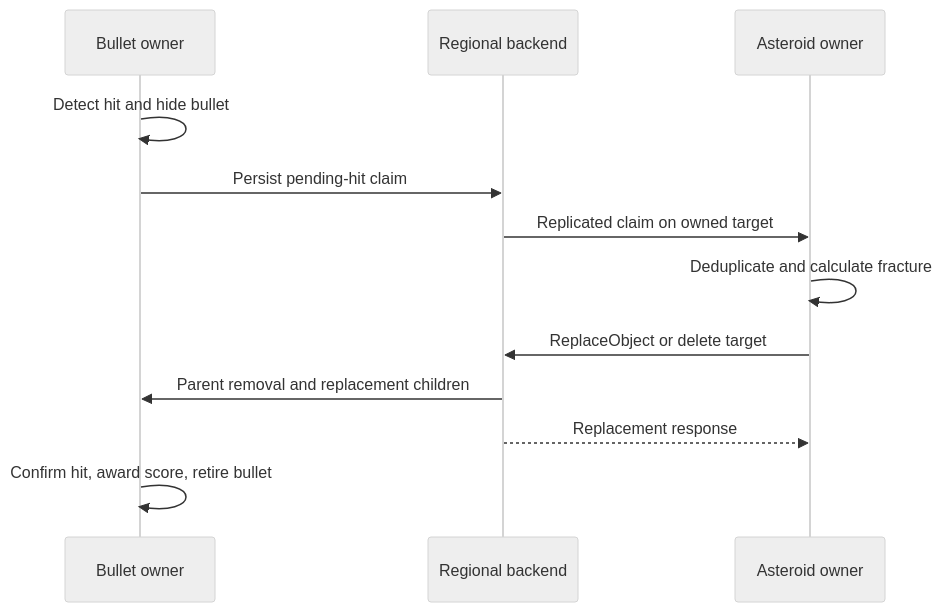
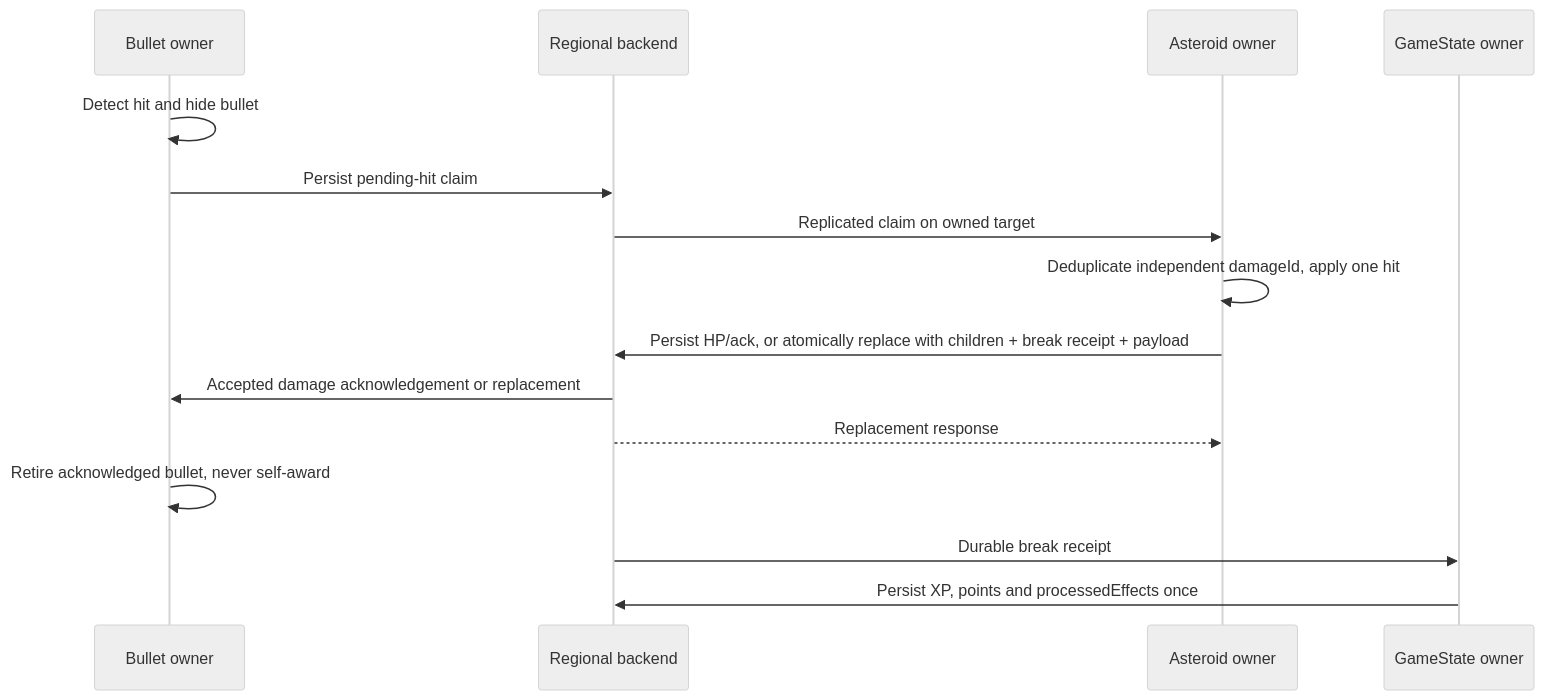
Before and after one commit to badvoidstar/astervoids: the fifth of 9 diagrams in ARCHITECTURE.md, drawn with Mermaid (neutral theme). The commit also changed other lines of this file and 32 other files, not shown here.

````diff
--- a/ARCHITECTURE.md
+++ b/ARCHITECTURE.md
@@ -1102,14 +1113,17 @@
 ```mermaid
 sequenceDiagram
     participant Shooter as Bullet owner
     participant Hub as Regional backend
     participant Target as Asteroid owner
     Shooter->>Shooter: Detect hit and hide bullet
     Shooter->>Hub: Persist pending-hit claim
     Hub->>Target: Replicated claim on owned target
-    Target->>Target: Deduplicate and calculate fracture
-    Target->>Hub: ReplaceObject or delete target
-    Hub->>Shooter: Parent removal and replacement children
+    Target->>Target: Deduplicate independent damageId, apply one hit
+    Target->>Hub: Persist HP/ack, or atomically replace with children + break receipt + payload
+    Hub->>Shooter: Accepted damage acknowledgement or replacement
     Hub-->>Target: Replacement response
-    Shooter->>Shooter: Confirm hit, award score, retire bullet
+    Shooter->>Shooter: Retire acknowledged bullet, never self-award
+    participant StateOwner as GameState owner
+    Hub->>StateOwner: Durable break receipt
+    StateOwner->>Hub: Persist XP, points and processedEffects once
 ```
````
